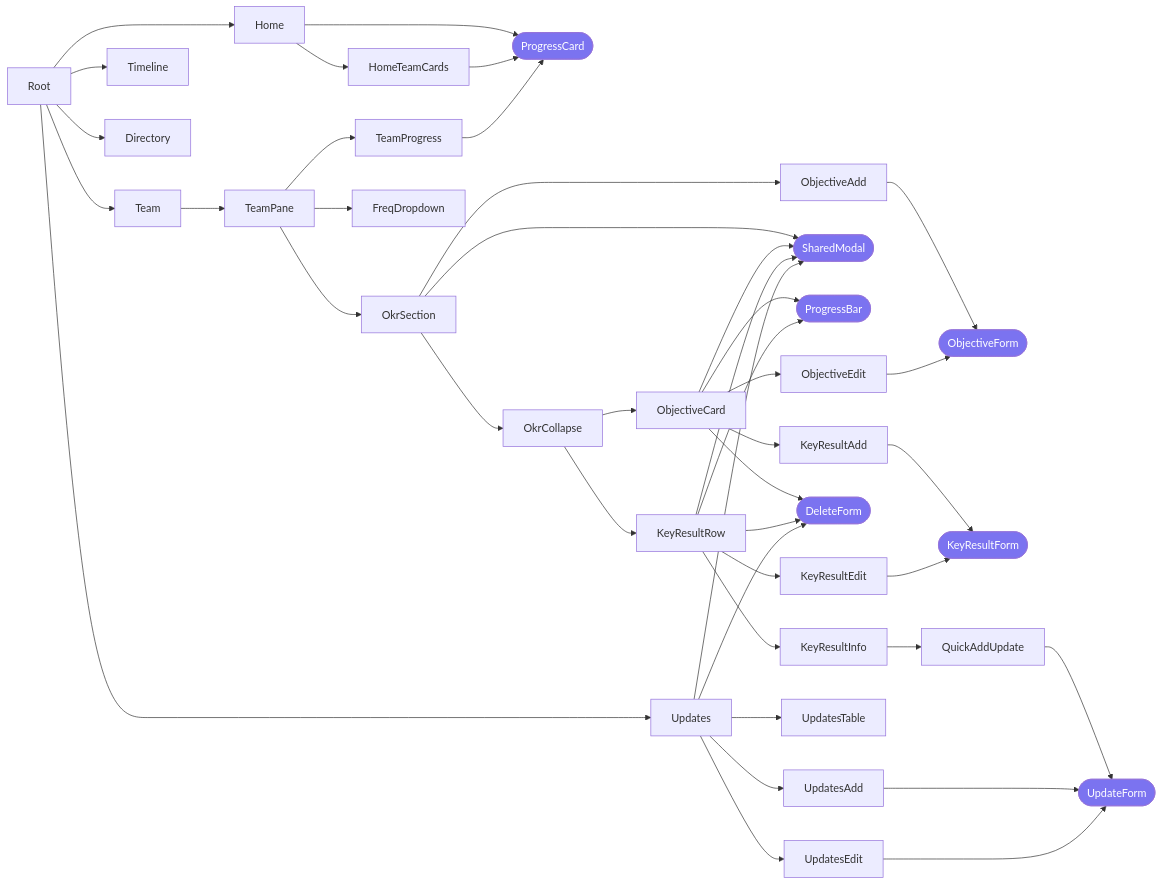
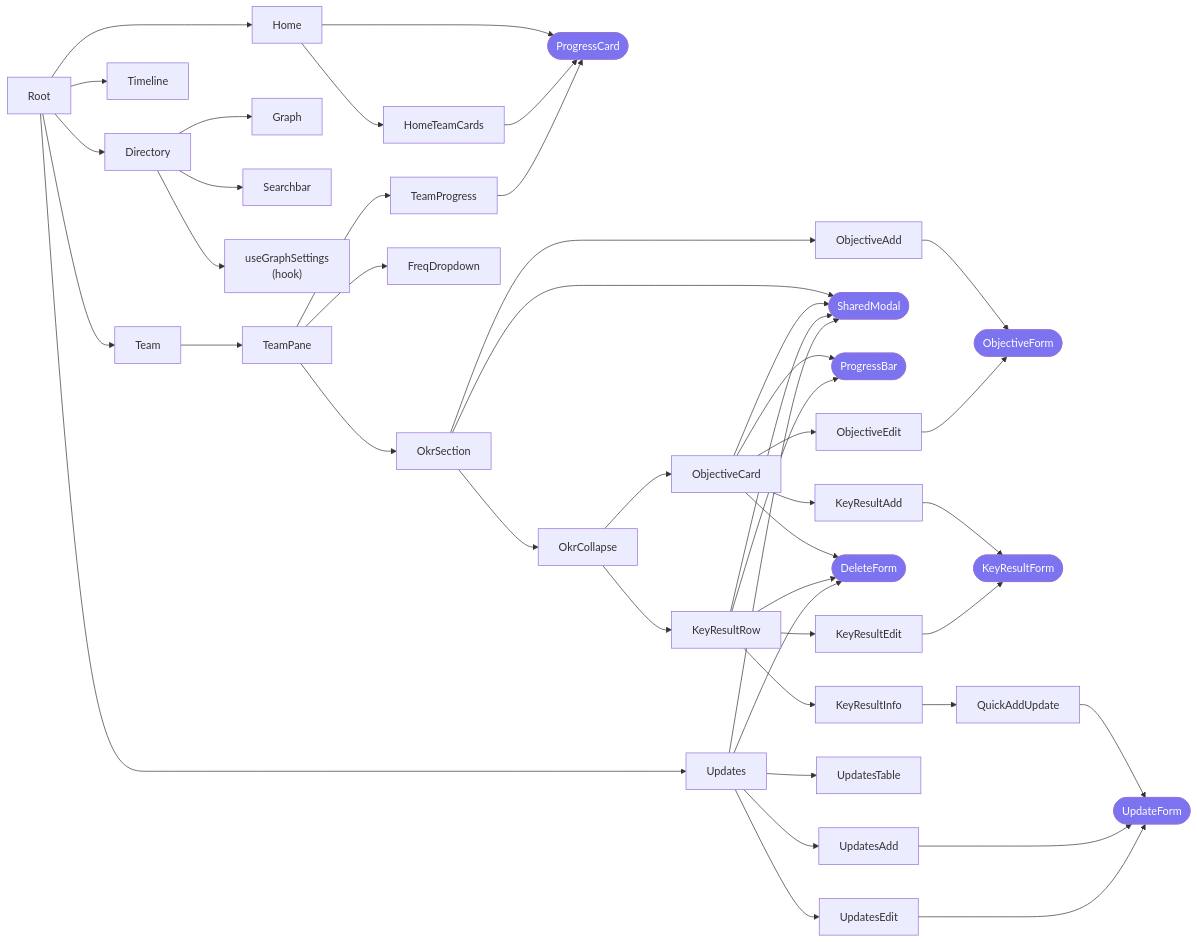
One commit to chrischow/rokr changed the first of 4 diagrams in dev/README.md. Above: the diagram before and after it, drawn with Mermaid. The commit also changed other lines of this file, not shown here.

````diff
--- a/dev/README.md
+++ b/dev/README.md
@@ -10,61 +10,66 @@
 ```mermaid
 graph LR
   %% Top-level components
   Root --> Home
   Root --> Team
   Root --> Updates
   Root --> Timeline
   Root --> Directory
   
+  %%Directory
+  Directory --> Graph
+  Directory --> Searchbar
+  Directory --> UGS["useGraphSettings<br>(hook)"]
+
   %% Home
   Home --> HomeTeamCards
   Home --> PC([ProgressCard])
   HomeTeamCards --> PC
 
   %% Team
   Team --> TeamPane
   TeamPane --> TeamProgress
   TeamPane --> OkrSection
   TeamPane --> FreqDropdown
 
   TeamProgress --> PC
 
   OkrSection --> ObjectiveAdd
   OkrSection --> OkrCollapse
   OkrSection --> SM([SharedModal])
   ObjectiveAdd --> OF([ObjectiveForm])
 
   OkrCollapse --> KeyResultRow
   OkrCollapse --> ObjectiveCard
 
   ObjectiveCard --> SM
   ObjectiveCard --> PB([ProgressBar])
   ObjectiveCard --> ObjectiveEdit
   ObjectiveCard --> KeyResultAdd
   ObjectiveCard --> DF([DeleteForm])
 
   ObjectiveEdit --> OF
   KeyResultAdd --> KRF([KeyResultForm])
 
   KeyResultRow --> PB
   KeyResultRow --> SM
   KeyResultRow --> KeyResultInfo
   KeyResultRow --> KeyResultEdit
   KeyResultRow --> DF
 
   KeyResultEdit --> KRF
   KeyResultInfo --> QuickAddUpdate
   QuickAddUpdate --> UF([UpdateForm])
 
   Updates --> SM
   Updates --> UpdatesTable
   Updates --> UpdatesAdd
   Updates --> UpdatesEdit
   Updates --> DF
 
   UpdatesAdd --> UF
   UpdatesEdit --> UF
 
   classDef shared fill:#7b73f0,color:white
   class PC,SM,DF,UF,OF,KRF,PB shared
 ```
````
